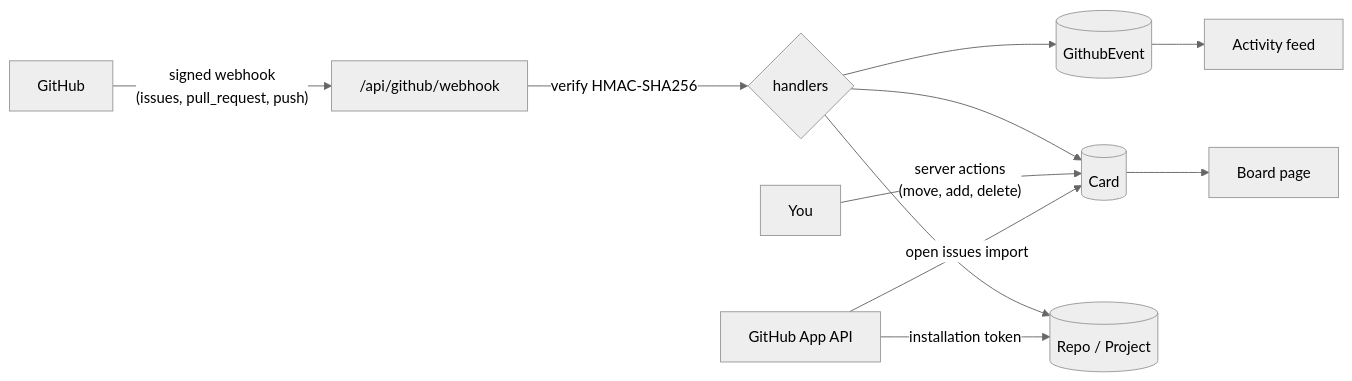
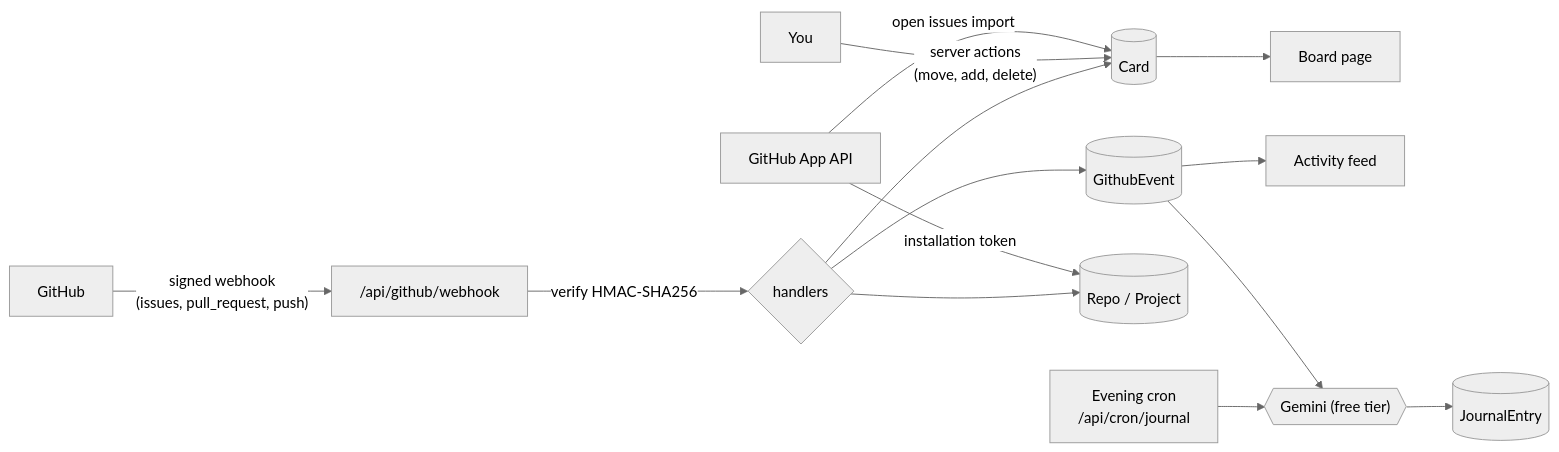
Before and after one commit to KaloyanG17/shiplog: the diagram in README.md, drawn with Mermaid (neutral theme). The commit also changed other lines of this file and 11 other files, not shown here.

First line of the commit message:
Add daily AI journal written with Gemini's free tier

````diff
--- a/README.md
+++ b/README.md
@@ -64,13 +65,16 @@
 ```mermaid
 flowchart LR
   GH[GitHub] -- "signed webhook<br/>(issues, pull_request, push)" --> WH["/api/github/webhook"]
   WH -- verify HMAC-SHA256 --> H{handlers}
   H --> EV[(GithubEvent)]
   H --> CD[(Card)]
   H --> RP[(Repo / Project)]
   U[You] -- "server actions<br/>(move, add, delete)" --> CD
   CD --> B[Board page]
   EV --> F[Activity feed]
   GHA[GitHub App API] -- "installation token" --> RP
   GHA -- "open issues import" --> CD
+  CR["Evening cron<br/>/api/cron/journal"] --> J{{"Gemini (free tier)"}}
+  EV --> J
+  J --> JE[(JournalEntry)]
 ```
````
